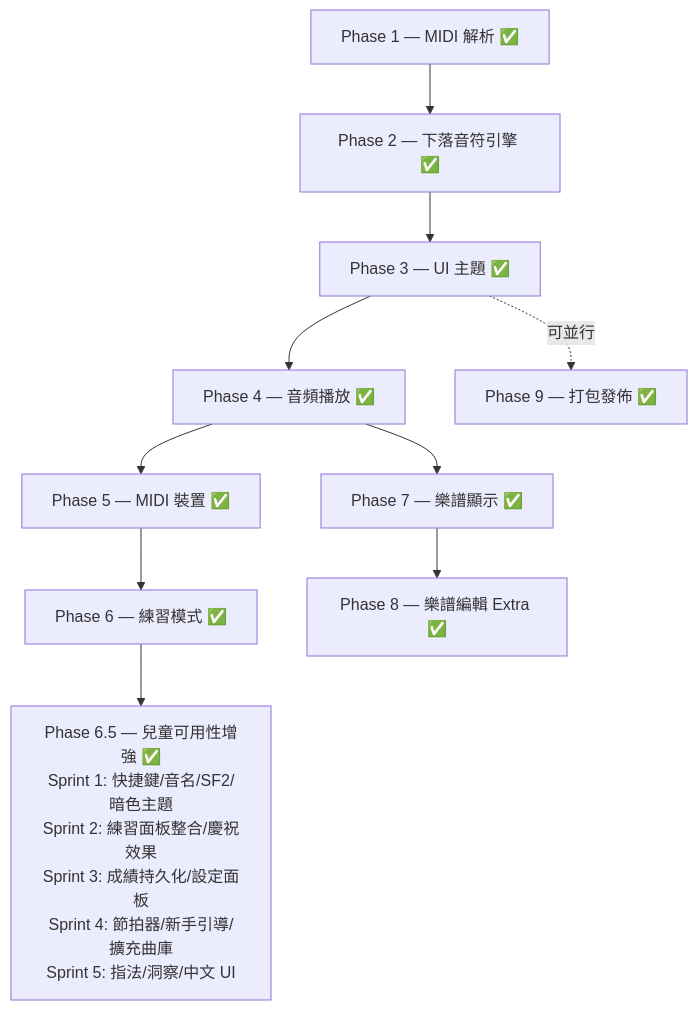
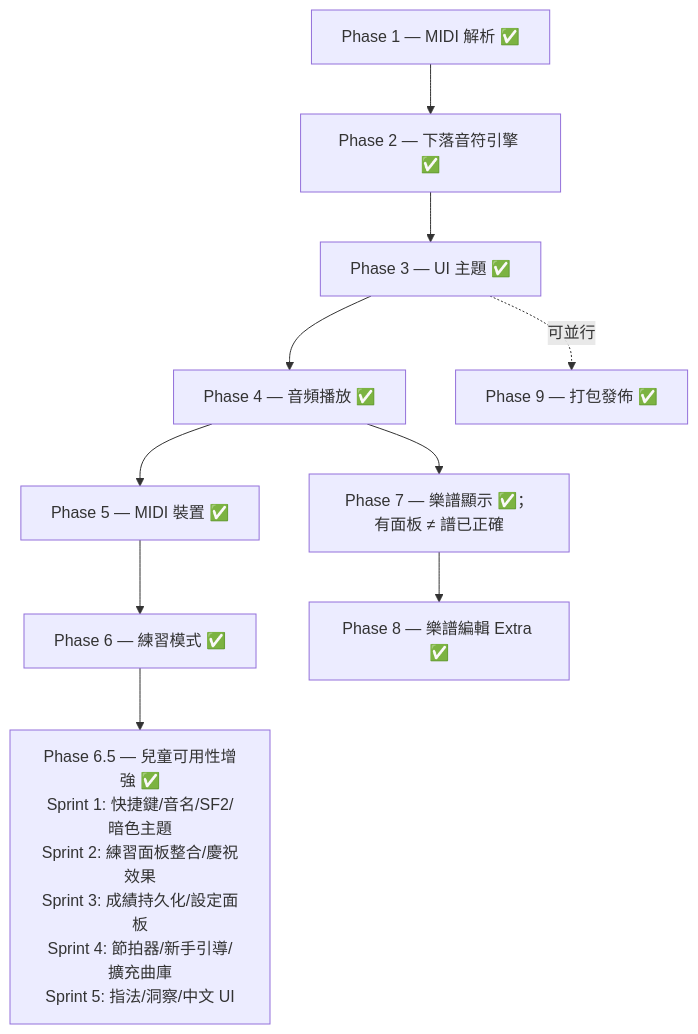
The sixth of 6 diagrams in docs/DESIGN.md (EndeavorYen/Rexiano), drawn with Mermaid before and after one commit. The commit also changed other lines of this file and 2 other files, not shown here.

````diff
--- a/docs/DESIGN.md
+++ b/docs/DESIGN.md
@@ -1161,18 +1176,18 @@
 ```mermaid
 graph TD
     P1["Phase 1 — MIDI 解析 ✅"]
     P2["Phase 2 — 下落音符引擎 ✅"]
     P3["Phase 3 — UI 主題 ✅"]
     P4["Phase 4 — 音頻播放 ✅"]
     P5["Phase 5 — MIDI 裝置 ✅"]
     P6["Phase 6 — 練習模式 ✅"]
     P65["Phase 6.5 — 兒童可用性增強 ✅\nSprint 1: 快捷鍵/音名/SF2/暗色主題\nSprint 2: 練習面板整合/慶祝效果\nSprint 3: 成績持久化/設定面板\nSprint 4: 節拍器/新手引導/擴充曲庫\nSprint 5: 指法/洞察/中文 UI"]
-    P7["Phase 7 — 樂譜顯示 ✅"]
+    P7["Phase 7 — 樂譜顯示 ✅；有面板 ≠ 譜已正確"]
     P8["Phase 8 — 樂譜編輯 Extra ✅"]
     P9["Phase 9 — 打包發佈 ✅"]
 
     P1 --> P2 --> P3
     P3 --> P4 --> P5 --> P6 --> P65
     P4 --> P7 --> P8
     P3 -.->|可並行| P9
 ```
````
